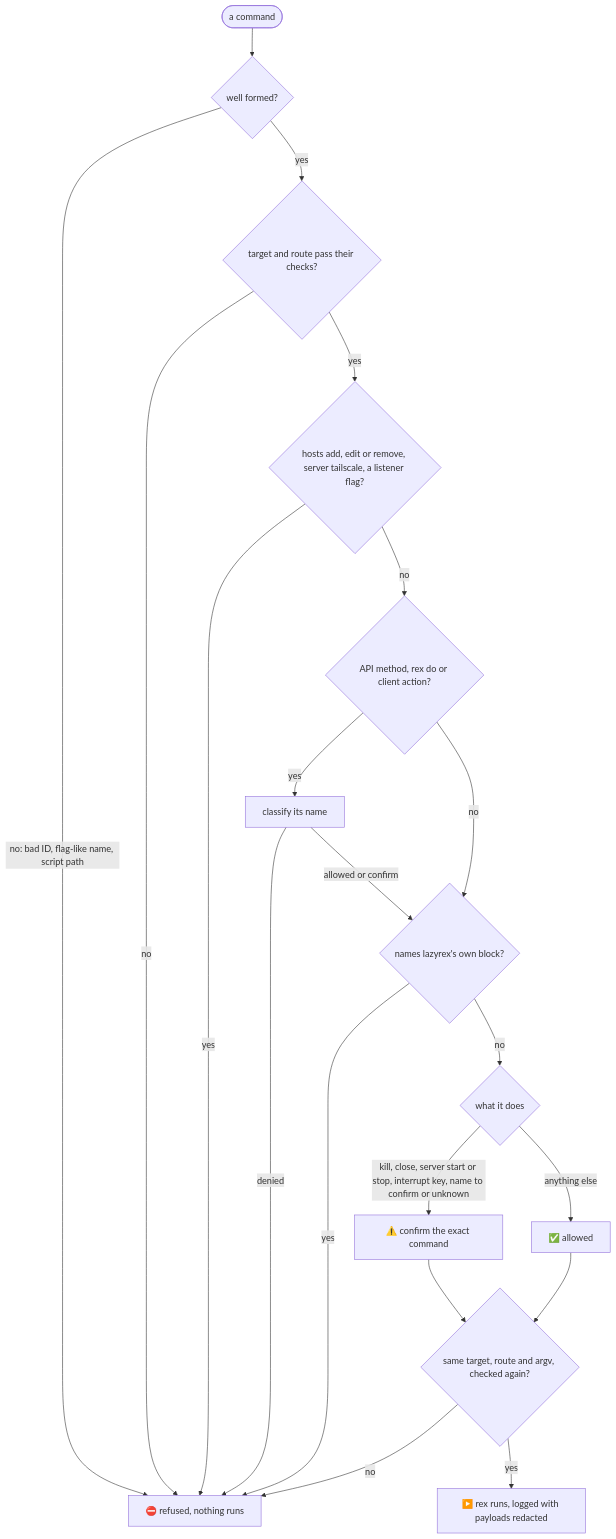
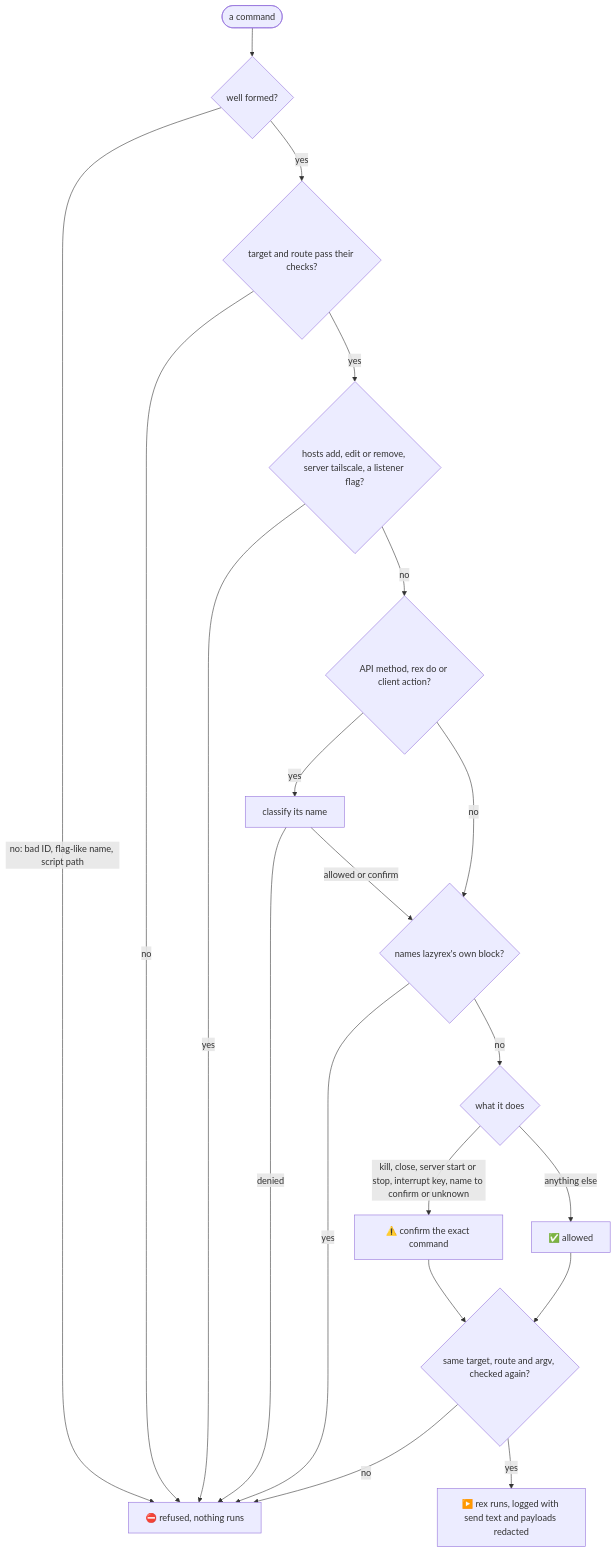
The first of 2 diagrams in docs/safety.md (rbobillot/lazyrex), drawn with Mermaid before and after one commit. The commit also changed other lines of this file and 5 other files, not shown here.

Commit message:
docs: scope the safety guarantees to rex commands and say what is redacted

````diff
--- a/docs/safety.md
+++ b/docs/safety.md
@@ -16,22 +16,22 @@
 ```mermaid
 flowchart TB
     cmd(["a command"]) --> built{"well formed?"}
     built -->|"no: bad ID, flag-like name, script path"| deny["⛔ refused, nothing runs"]
     built -->|"yes"| route{"target and route pass their checks?"}
     route -->|"no"| deny
     route -->|"yes"| cli{"hosts add, edit or remove, server tailscale, a listener flag?"}
     cli -->|"yes"| deny
     cli -->|"no"| named{"API method, rex do or client action?"}
     named -->|"yes"| classify["classify its name"]
     classify -->|"denied"| deny
     classify -->|"allowed or confirm"| self
     named -->|"no"| self{"names lazyrex's own block?"}
     self -->|"yes"| deny
     self -->|"no"| kind{"what it does"}
     kind -->|"kill, close, server start or stop, interrupt key, name to confirm or unknown"| confirm["⚠️ confirm the exact command"]
     kind -->|"anything else"| allow["✅ allowed"]
     confirm --> again{"same target, route and argv, checked again?"}
     allow --> again
     again -->|"no"| deny
-    again -->|"yes"| run["▶️ rex runs, logged with payloads redacted"]
+    again -->|"yes"| run["▶️ rex runs, logged with send text and payloads redacted"]
 ```
````
